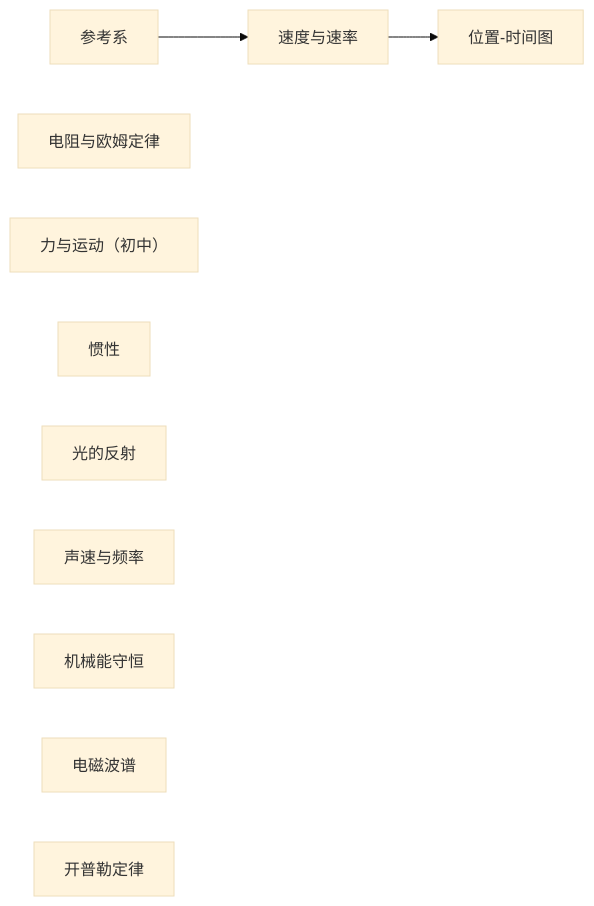
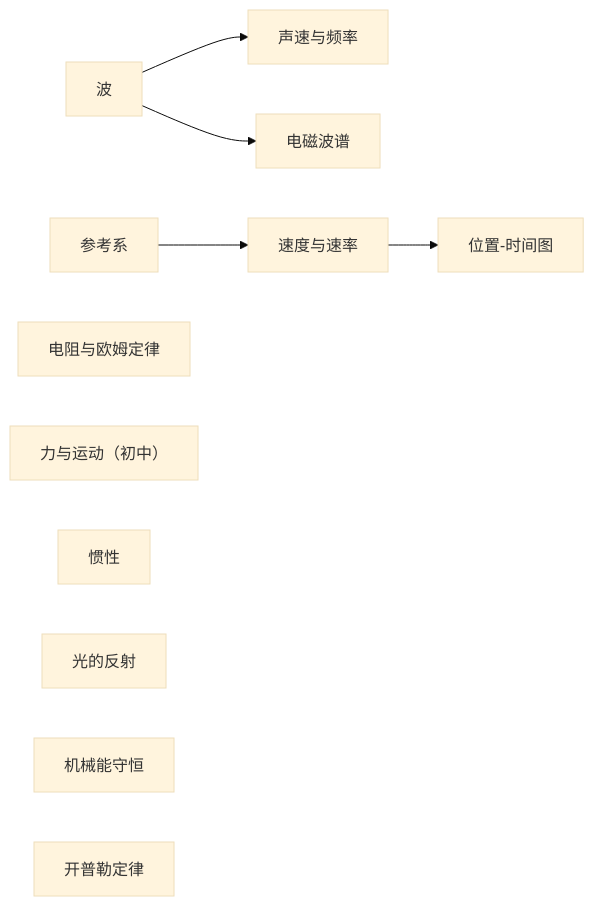
Before and after one commit to hpleapfrog/Scholia: the first of 2 diagrams in knowledge/物理/README.md, drawn with Mermaid (base theme). The commit also changed other lines of this file and 8 other files, not shown here.

````diff
--- a/knowledge/物理/README.md
+++ b/knowledge/物理/README.md
@@ -5,12 +5,12 @@
 ```mermaid
 graph LR
+  W["波"] --> A["声速与频率"]
+  W --> M["电磁波谱"]
   F["参考系"] --> S["速度与速率"] --> P["位置-时间图"]
   R["电阻与欧姆定律"]
   N["力与运动（初中）"]
   I["惯性"]
   L["光的反射"]
-  A["声速与频率"]
   E["机械能守恒"]
-  M["电磁波谱"]
   K["开普勒定律"]
 ```
````
